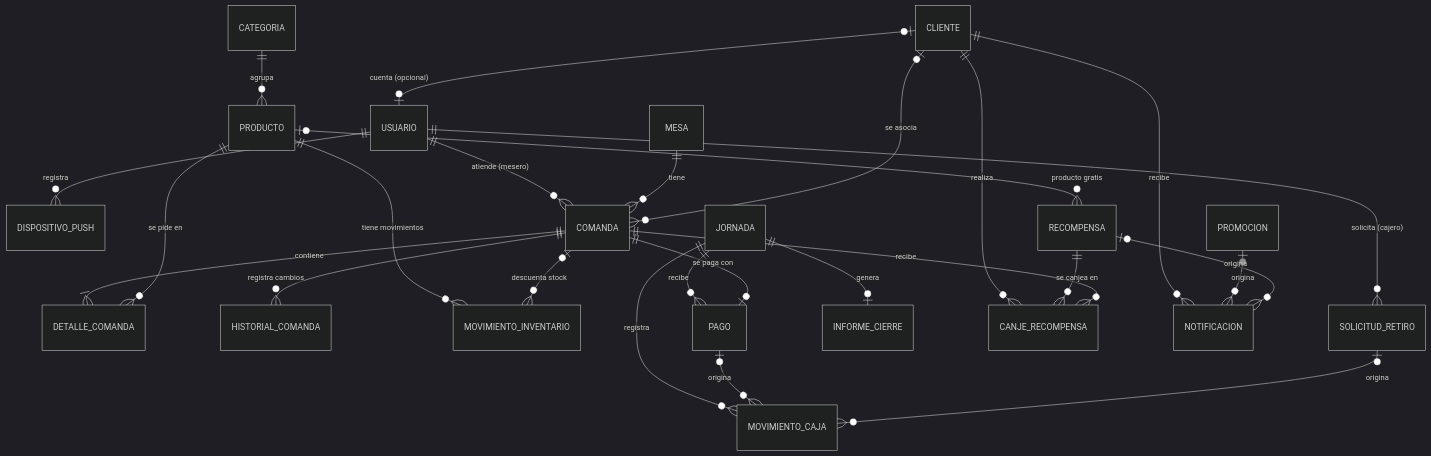
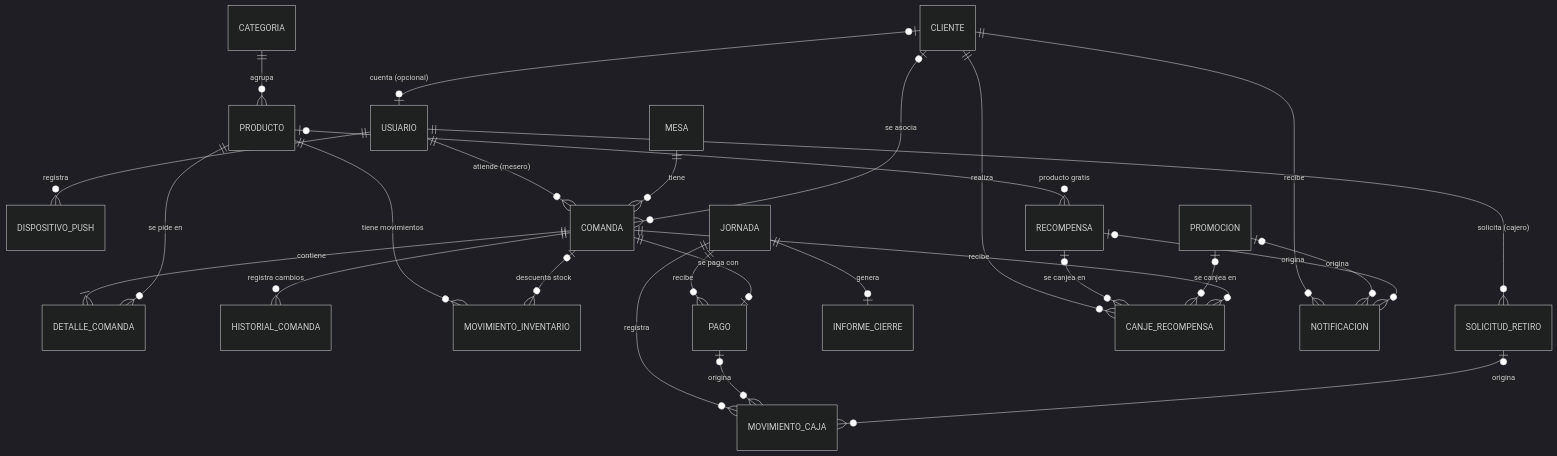
Before and after one commit to Apresso-Project/Appresso-App: the diagram in docs/modelo-de-datos.md, drawn with Mermaid (dark theme). The commit also changed other lines of this file and 16 other files, not shown here.

````diff
--- a/docs/modelo-de-datos.md
+++ b/docs/modelo-de-datos.md
@@ -10,28 +10,29 @@
 ```mermaid
 erDiagram
     USUARIO ||--o{ DISPOSITIVO_PUSH : registra
     USUARIO ||--o{ COMANDA : "atiende (mesero)"
     MESA ||--o{ COMANDA : tiene
     CLIENTE |o--o{ COMANDA : "se asocia"
     COMANDA ||--|{ DETALLE_COMANDA : contiene
     PRODUCTO ||--o{ DETALLE_COMANDA : "se pide en"
     COMANDA ||--o{ HISTORIAL_COMANDA : "registra cambios"
     CATEGORIA ||--o{ PRODUCTO : agrupa
     PRODUCTO ||--o{ MOVIMIENTO_INVENTARIO : "tiene movimientos"
     COMANDA |o--o{ MOVIMIENTO_INVENTARIO : "descuenta stock"
     JORNADA ||--o{ PAGO : recibe
     COMANDA ||--o| PAGO : "se paga con"
     JORNADA ||--o{ MOVIMIENTO_CAJA : registra
     PAGO |o--o{ MOVIMIENTO_CAJA : origina
     SOLICITUD_RETIRO |o--o{ MOVIMIENTO_CAJA : origina
     JORNADA ||--o| INFORME_CIERRE : genera
     USUARIO ||--o{ SOLICITUD_RETIRO : "solicita (cajero)"
     CLIENTE |o--o| USUARIO : "cuenta (opcional)"
     CLIENTE ||--o{ CANJE_RECOMPENSA : realiza
-    RECOMPENSA ||--o{ CANJE_RECOMPENSA : "se canjea en"
+    RECOMPENSA |o--o{ CANJE_RECOMPENSA : "se canjea en"
+    PROMOCION |o--o{ CANJE_RECOMPENSA : "se canjea en"
     COMANDA ||--o{ CANJE_RECOMPENSA : "recibe"
     CLIENTE ||--o{ NOTIFICACION : recibe
     PROMOCION |o--o{ NOTIFICACION : origina
     RECOMPENSA |o--o{ NOTIFICACION : origina
     PRODUCTO |o--o{ RECOMPENSA : "producto gratis"
 ```
````
